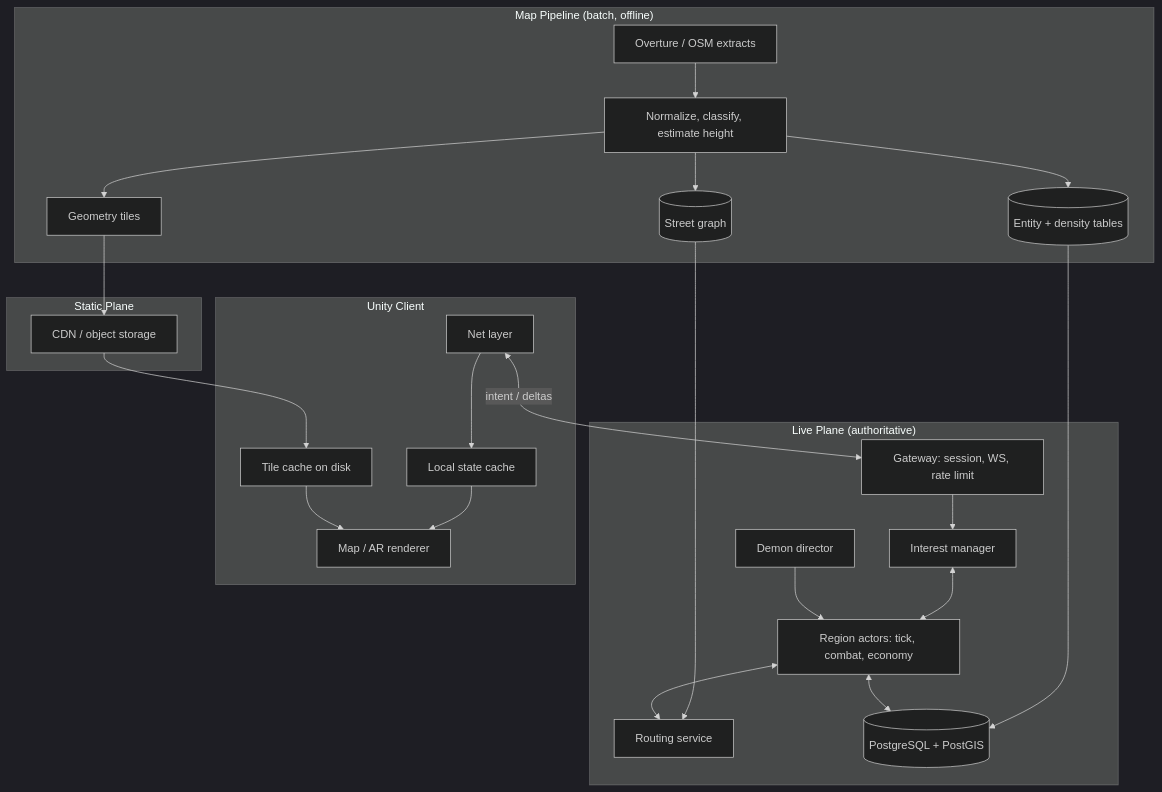
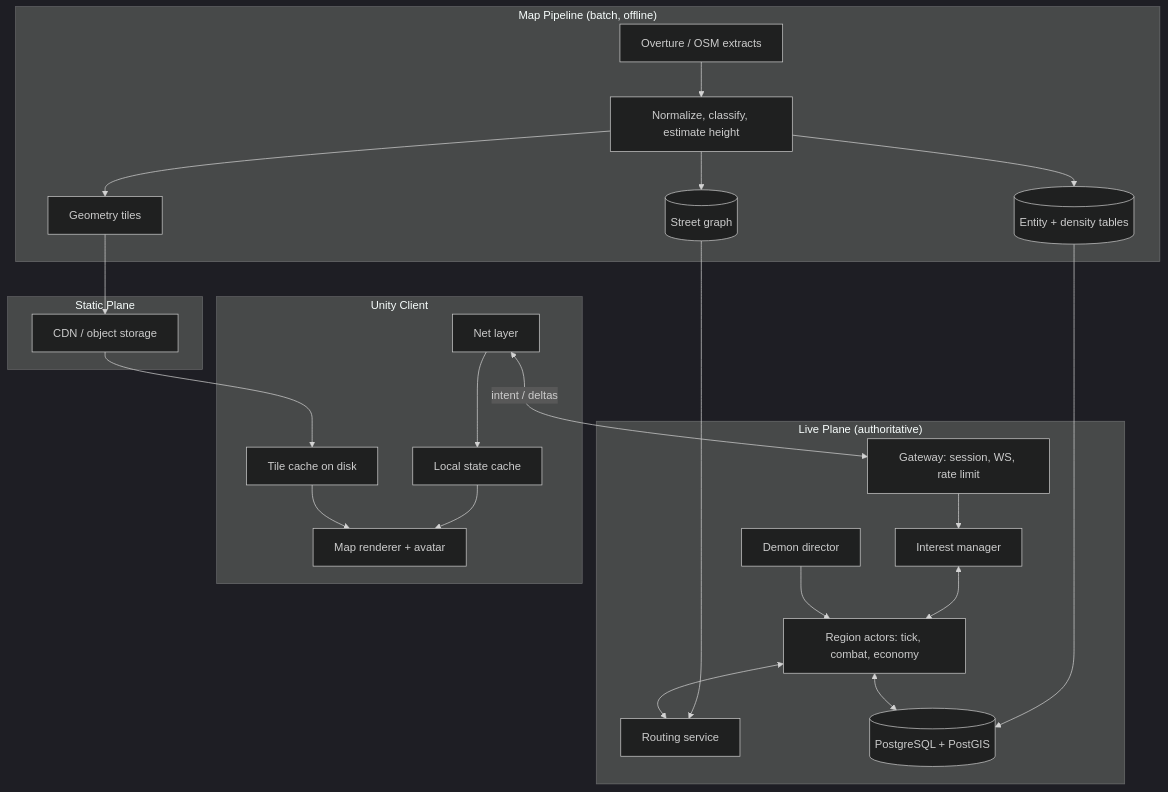
One commit to jhofer/ar-map-game changed the first of 5 diagrams in docs/ARCHITECTURE.md. Above: the diagram before and after it, drawn with Mermaid (dark theme). The commit also changed other lines of this file and 2 other files, not shown here.

First line of the commit message:
Replace camera AR with a map-only client view and low-poly art direction

````diff
--- a/docs/ARCHITECTURE.md
+++ b/docs/ARCHITECTURE.md
@@ -42,39 +44,39 @@
 ```mermaid
 flowchart TB
     subgraph Offline["Map Pipeline (batch, offline)"]
         SRC[Overture / OSM extracts] --> ETL[Normalize, classify, estimate height]
         ETL --> GEO[Geometry tiles]
         ETL --> ENT[(Entity + density tables)]
         ETL --> GRAPH[(Street graph)]
     end
 
     subgraph Edge["Static Plane"]
         CDN[CDN / object storage]
     end
 
     subgraph Live["Live Plane (authoritative)"]
         GW[Gateway: session, WS, rate limit]
         IM[Interest manager]
         SIM[Region actors: tick, combat, economy]
         RT[Routing service]
         AI[Demon director]
         DB[(PostgreSQL + PostGIS)]
     end
 
     subgraph Client["Unity Client"]
         NET[Net layer] --> CACHE[Local state cache]
-        CACHE --> REN[Map / AR renderer]
+        CACHE --> REN[Map renderer + avatar]
         TILE[Tile cache on disk] --> REN
     end
 
     GEO --> CDN
     CDN --> TILE
     ENT --> DB
     GRAPH --> RT
     NET <-->|intent / deltas| GW
     GW --> IM
     IM <--> SIM
     SIM <--> RT
     SIM <--> DB
     AI --> SIM
 ```
````
